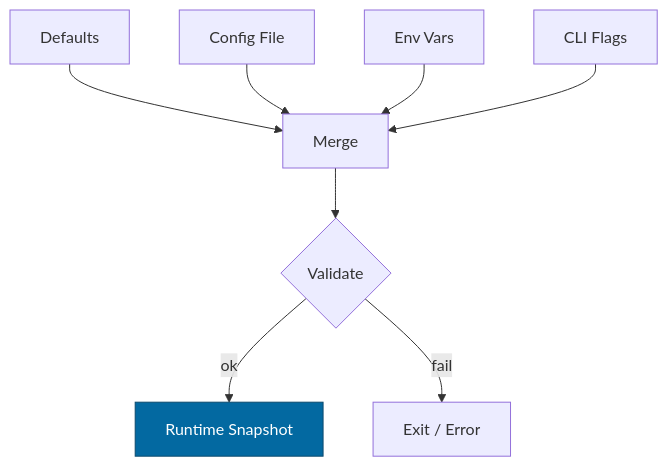
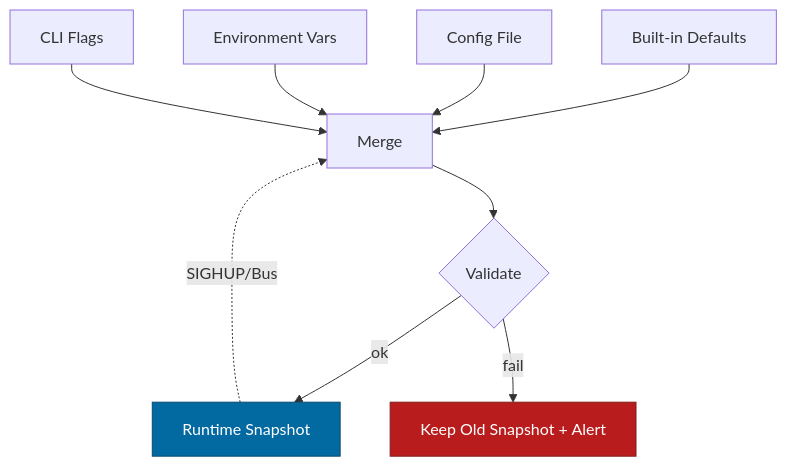
Before and after one commit to Y3LLOWVESTS/rustyonions: the diagram in crates/ron-accounting/docs/CONFIG.MD, drawn with Mermaid. The commit also changed other lines of this file and 79 other files, not shown here.

````diff
--- a/crates/ron-accounting/docs/CONFIG.MD
+++ b/crates/ron-accounting/docs/CONFIG.MD
@@ -291,11 +555,13 @@
 ```mermaid
 flowchart TB
-  A[Defaults] --> D[Merge]
+  A[Built-in Defaults] --> D[Merge]
   B[Config File] --> D
-  C[Env Vars] --> D
+  C[Environment Vars] --> D
   E[CLI Flags] --> D
   D --> V{Validate}
   V -- ok --> R[Runtime Snapshot]
-  V -- fail --> X[Exit / Error]
+  V -- fail --> X[Keep Old Snapshot + Alert]
+  R -. SIGHUP/Bus .-> D
   style R fill:#0369a1,stroke:#0c4a6e,color:#fff
+  style X fill:#b91c1c,stroke:#7f1d1d,color:#fff
 ```
````
